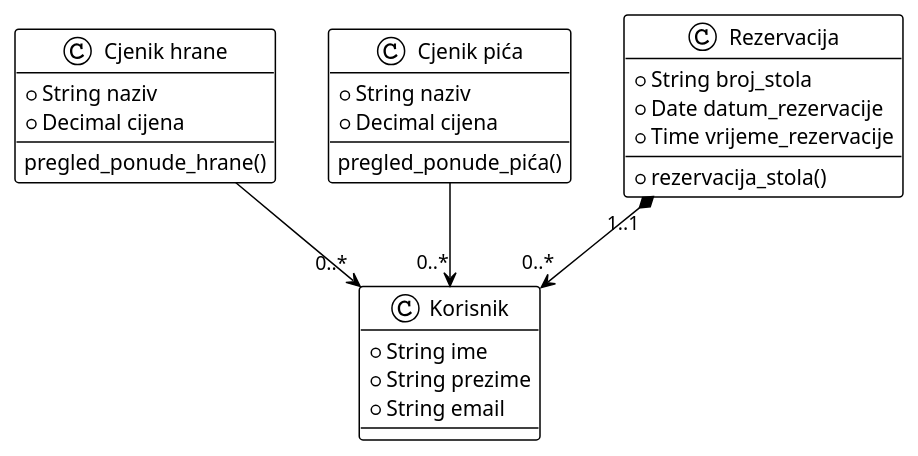
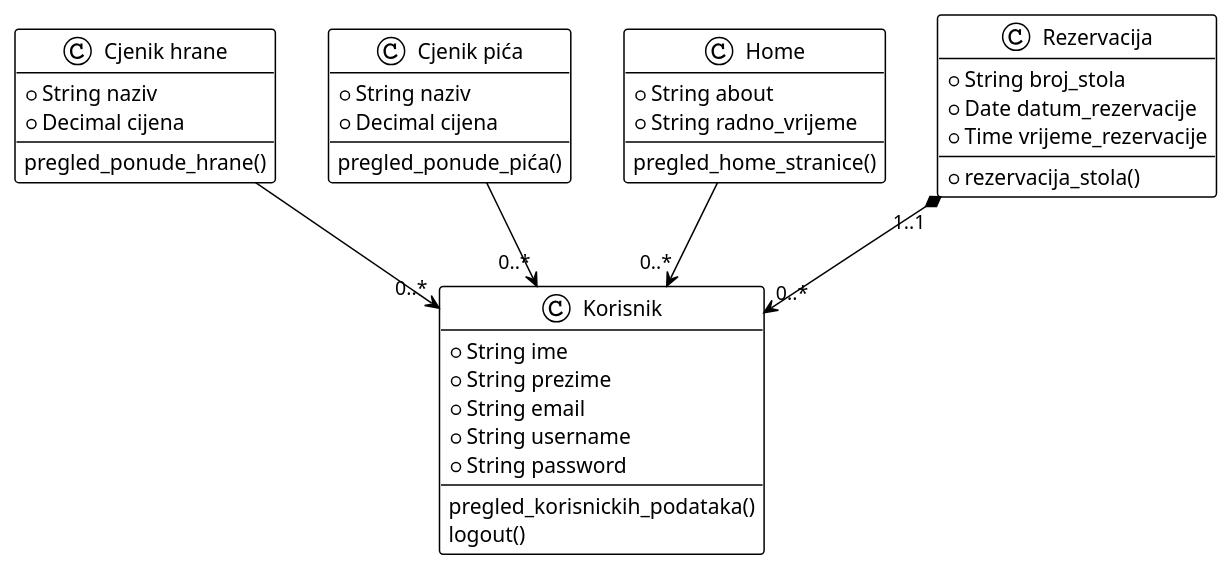
One commit to pavlovicantonio/UML-01-02-03 changed the diagram in classdiagram.wsd. Above: the diagram before and after it, drawn with PlantUML.

Commit message:
Uređivanje class diagrama i objavljivanje link-a na prototip aplikacije

```diff
--- a/classdiagram.wsd
+++ b/classdiagram.wsd
@@ -1,36 +1,48 @@
 @startuml
 
 !theme plain
 
 class "Cjenik hrane" as ch{
     +String naziv
     +Decimal cijena
     ---
     pregled_ponude_hrane()
 }
 
 class "Cjenik pića" as cp{
     +String naziv
     +Decimal cijena
     ---
     pregled_ponude_pića()
 }
 class "Korisnik" as k{
     +String ime
     +String prezime
     +String email
+    +String username 
+    +String password
+    ---
+    pregled_korisnickih_podataka()
+    logout()
 }
 
+class "Home" as h{
+    +String about
+    +String radno_vrijeme
+    ---
+    pregled_home_stranice()
+}
 class "Rezervacija" as r{
     +String broj_stola
     +Date datum_rezervacije
     +Time vrijeme_rezervacije
     ---
     +rezervacija_stola()
 }
 
 r "1..1" *--> "0..*" k
 ch --> "0..*" k
 cp --> "0..*"k
+h --> "0..*"k
 
 @enduml
```
